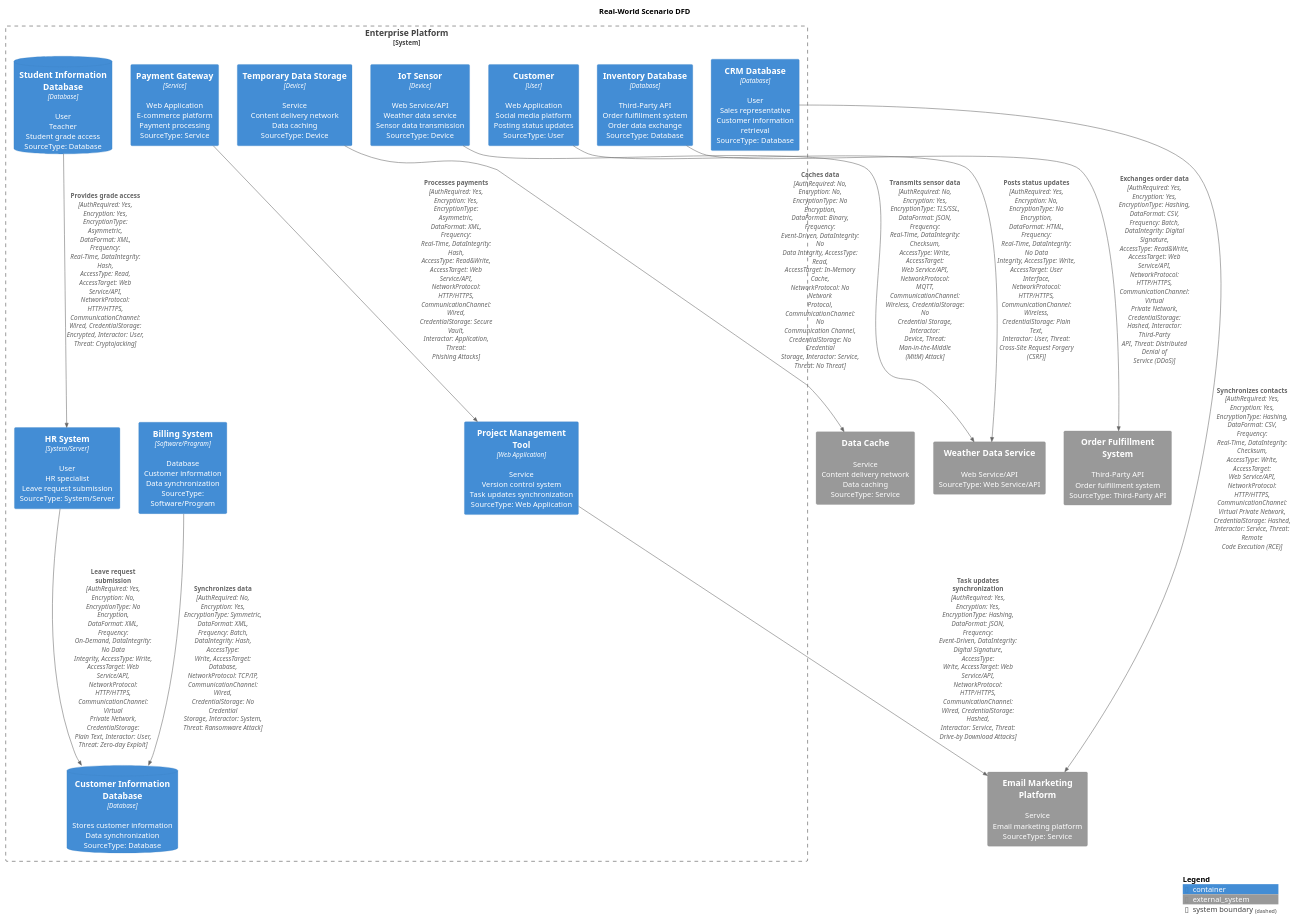
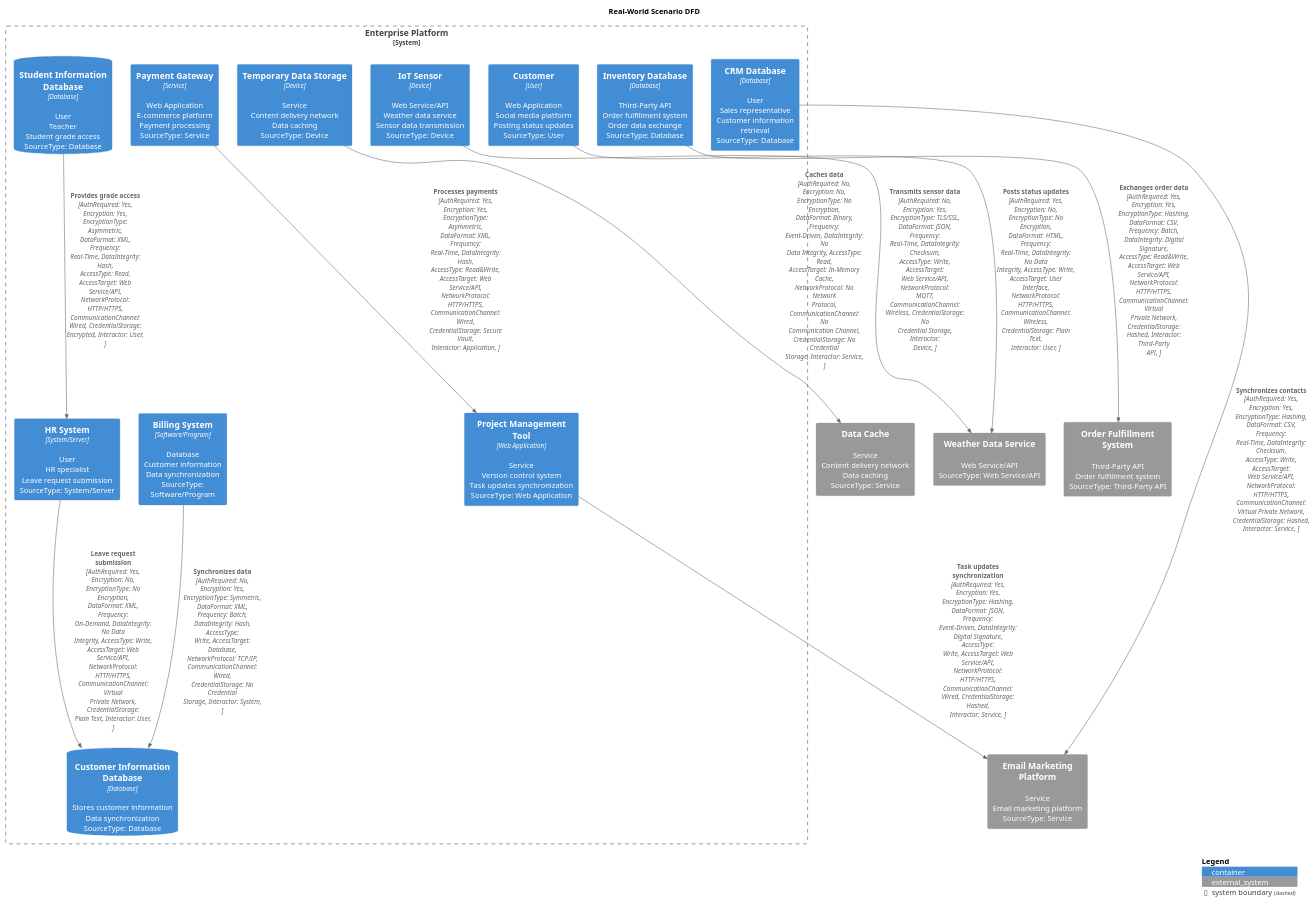
The diagram in testpuml2.puml (rsteinborn/threat-modeler), drawn with PlantUML before and after one commit. The commit also changed 8 other files, not shown here.

```diff
--- a/testpuml2.puml
+++ b/testpuml2.puml
@@ -1,37 +1,37 @@
 @startuml C4_Elements
 !include https://raw.githubusercontent.com/plantuml-stdlib/C4-PlantUML/master/C4_Container.puml
 
 title Real-World Scenario DFD
 
 System_Boundary(platform, "Enterprise Platform") {
     Container(temp_data_storage, "Temporary Data Storage", "Device", "Service\nContent delivery network\nData caching\nSourceType: Device")
     Container(billing_system, "Billing System", "Software/Program", "Database\nCustomer information\nData synchronization\nSourceType: Software/Program")
     ContainerDb(customer_info_db, "Customer Information Database", "Database", "Stores customer information\nData synchronization\nSourceType: Database")
     Container(iot_sensor, "IoT Sensor", "Device", "Web Service/API\nWeather data service\nSensor data transmission\nSourceType: Device")
     Container(user_customer, "Customer", "User", "Web Application\nSocial media platform\nPosting status updates\nSourceType: User")
     Container(inventory_db, "Inventory Database", "Database", "Third-Party API\nOrder fulfillment system\nOrder data exchange\nSourceType: Database")
     Container(payment_gateway, "Payment Gateway", "Service", "Web Application\nE-commerce platform\nPayment processing\nSourceType: Service")
     Container(crm_db, "CRM Database", "Database", "User\nSales representative\nCustomer information retrieval\nSourceType: Database")
     Container(project_management_tool, "Project Management Tool", "Web Application", "Service\nVersion control system\nTask updates synchronization\nSourceType: Web Application")
     ContainerDb(student_info_db, "Student Information Database", "Database", "User\nTeacher\nStudent grade access\nSourceType: Database")
     Container(hr_system, "HR System", "System/Server", "User\nHR specialist\nLeave request submission\nSourceType: System/Server")
 }
 
 System_Ext(data_cache, "Data Cache", "Service\nContent delivery network\nData caching\nSourceType: Service")
 System_Ext(weather_data_service, "Weather Data Service", "Web Service/API\nSourceType: Web Service/API")
 System_Ext(order_fulfillment, "Order Fulfillment System", "Third-Party API\nOrder fulfillment system\nSourceType: Third-Party API")
 System_Ext(email_marketing, "Email Marketing Platform", "Service\nEmail marketing platform\nSourceType: Service")
 
-Rel(temp_data_storage, data_cache, "Caches data", "AuthRequired: No, Encryption: No, EncryptionType: No Encryption, DataFormat: Binary, Frequency: Event-Driven, DataIntegrity: No Data Integrity, AccessType: Read, AccessTarget: In-Memory Cache, NetworkProtocol: No Network Protocol, CommunicationChannel: No Communication Channel, CredentialStorage: No Credential Storage, Interactor: Service, Threat: No Threat")
-Rel(billing_system, customer_info_db, "Synchronizes data", "AuthRequired: No, Encryption: Yes, EncryptionType: Symmetric, DataFormat: XML, Frequency: Batch, DataIntegrity: Hash, AccessType: Write, AccessTarget: Database, NetworkProtocol: TCP/IP, CommunicationChannel: Wired, CredentialStorage: No Credential Storage, Interactor: System, Threat: Ransomware Attack")
-Rel(iot_sensor, weather_data_service, "Transmits sensor data", "AuthRequired: No, Encryption: Yes, EncryptionType: TLS/SSL, DataFormat: JSON, Frequency: Real-Time, DataIntegrity: Checksum, AccessType: Write, AccessTarget: Web Service/API, NetworkProtocol: MQTT, CommunicationChannel: Wireless, CredentialStorage: No Credential Storage, Interactor: Device, Threat: Man-in-the-Middle (MitM) Attack")
-Rel(user_customer, weather_data_service, "Posts status updates", "AuthRequired: Yes, Encryption: No, EncryptionType: No Encryption, DataFormat: HTML, Frequency: Real-Time, DataIntegrity: No Data Integrity, AccessType: Write, AccessTarget: User Interface, NetworkProtocol: HTTP/HTTPS, CommunicationChannel: Wireless, CredentialStorage: Plain Text, Interactor: User, Threat: Cross-Site Request Forgery (CSRF)")
-Rel(inventory_db, order_fulfillment, "Exchanges order data", "AuthRequired: Yes, Encryption: Yes, EncryptionType: Hashing, DataFormat: CSV, Frequency: Batch, DataIntegrity: Digital Signature, AccessType: Read&Write, AccessTarget: Web Service/API, NetworkProtocol: HTTP/HTTPS, CommunicationChannel: Virtual Private Network, CredentialStorage: Hashed, Interactor: Third-Party API, Threat: Distributed Denial of Service (DDoS)")
-Rel(payment_gateway, project_management_tool, "Processes payments", "AuthRequired: Yes, Encryption: Yes, EncryptionType: Asymmetric, DataFormat: XML, Frequency: Real-Time, DataIntegrity: Hash, AccessType: Read&Write, AccessTarget: Web Service/API, NetworkProtocol: HTTP/HTTPS, CommunicationChannel: Wired, CredentialStorage: Secure Vault, Interactor: Application, Threat: Phishing Attacks")
-Rel(crm_db, email_marketing, "Synchronizes contacts", "AuthRequired: Yes, Encryption: Yes, EncryptionType: Hashing, DataFormat: CSV, Frequency: Real-Time, DataIntegrity: Checksum, AccessType: Write, AccessTarget: Web Service/API, NetworkProtocol: HTTP/HTTPS, CommunicationChannel: Virtual Private Network, CredentialStorage: Hashed, Interactor: Service, Threat: Remote Code Execution (RCE)")
-Rel(project_management_tool, email_marketing, "Task updates synchronization", "AuthRequired: Yes, Encryption: Yes, EncryptionType: Hashing, DataFormat: JSON, Frequency: Event-Driven, DataIntegrity: Digital Signature, AccessType: Write, AccessTarget: Web Service/API, NetworkProtocol: HTTP/HTTPS, CommunicationChannel: Wired, CredentialStorage: Hashed, Interactor: Service, Threat: Drive-by Download Attacks")
-Rel(student_info_db, hr_system, "Provides grade access", "AuthRequired: Yes, Encryption: Yes, EncryptionType: Asymmetric, DataFormat: XML, Frequency: Real-Time, DataIntegrity: Hash, AccessType: Read, AccessTarget: Web Service/API, NetworkProtocol: HTTP/HTTPS, CommunicationChannel: Wired, CredentialStorage: Encrypted, Interactor: User, Threat: Cryptojacking")
-Rel(hr_system, customer_info_db, "Leave request submission", "AuthRequired: Yes, Encryption: No, EncryptionType: No Encryption, DataFormat: XML, Frequency: On-Demand, DataIntegrity: No Data Integrity, AccessType: Write, AccessTarget: Web Service/API, NetworkProtocol: HTTP/HTTPS, CommunicationChannel: Virtual Private Network, CredentialStorage: Plain Text, Interactor: User, Threat: Zero-day Exploit")
+Rel(temp_data_storage, data_cache, "Caches data", "AuthRequired: No, Encryption: No, EncryptionType: No Encryption, DataFormat: Binary, Frequency: Event-Driven, DataIntegrity: No Data Integrity, AccessType: Read, AccessTarget: In-Memory Cache, NetworkProtocol: No Network Protocol, CommunicationChannel: No Communication Channel, CredentialStorage: No Credential Storage, Interactor: Service, ")
+Rel(billing_system, customer_info_db, "Synchronizes data", "AuthRequired: No, Encryption: Yes, EncryptionType: Symmetric, DataFormat: XML, Frequency: Batch, DataIntegrity: Hash, AccessType: Write, AccessTarget: Database, NetworkProtocol: TCP/IP, CommunicationChannel: Wired, CredentialStorage: No Credential Storage, Interactor: System, ")
+Rel(iot_sensor, weather_data_service, "Transmits sensor data", "AuthRequired: No, Encryption: Yes, EncryptionType: TLS/SSL, DataFormat: JSON, Frequency: Real-Time, DataIntegrity: Checksum, AccessType: Write, AccessTarget: Web Service/API, NetworkProtocol: MQTT, CommunicationChannel: Wireless, CredentialStorage: No Credential Storage, Interactor: Device, ")
+Rel(user_customer, weather_data_service, "Posts status updates", "AuthRequired: Yes, Encryption: No, EncryptionType: No Encryption, DataFormat: HTML, Frequency: Real-Time, DataIntegrity: No Data Integrity, AccessType: Write, AccessTarget: User Interface, NetworkProtocol: HTTP/HTTPS, CommunicationChannel: Wireless, CredentialStorage: Plain Text, Interactor: User, ")
+Rel(inventory_db, order_fulfillment, "Exchanges order data", "AuthRequired: Yes, Encryption: Yes, EncryptionType: Hashing, DataFormat: CSV, Frequency: Batch, DataIntegrity: Digital Signature, AccessType: Read&Write, AccessTarget: Web Service/API, NetworkProtocol: HTTP/HTTPS, CommunicationChannel: Virtual Private Network, CredentialStorage: Hashed, Interactor: Third-Party API, ")
+Rel(payment_gateway, project_management_tool, "Processes payments", "AuthRequired: Yes, Encryption: Yes, EncryptionType: Asymmetric, DataFormat: XML, Frequency: Real-Time, DataIntegrity: Hash, AccessType: Read&Write, AccessTarget: Web Service/API, NetworkProtocol: HTTP/HTTPS, CommunicationChannel: Wired, CredentialStorage: Secure Vault, Interactor: Application, ")
+Rel(crm_db, email_marketing, "Synchronizes contacts", "AuthRequired: Yes, Encryption: Yes, EncryptionType: Hashing, DataFormat: CSV, Frequency: Real-Time, DataIntegrity: Checksum, AccessType: Write, AccessTarget: Web Service/API, NetworkProtocol: HTTP/HTTPS, CommunicationChannel: Virtual Private Network, CredentialStorage: Hashed, Interactor: Service, ")
+Rel(project_management_tool, email_marketing, "Task updates synchronization", "AuthRequired: Yes, Encryption: Yes, EncryptionType: Hashing, DataFormat: JSON, Frequency: Event-Driven, DataIntegrity: Digital Signature, AccessType: Write, AccessTarget: Web Service/API, NetworkProtocol: HTTP/HTTPS, CommunicationChannel: Wired, CredentialStorage: Hashed, Interactor: Service, ")
+Rel(student_info_db, hr_system, "Provides grade access", "AuthRequired: Yes, Encryption: Yes, EncryptionType: Asymmetric, DataFormat: XML, Frequency: Real-Time, DataIntegrity: Hash, AccessType: Read, AccessTarget: Web Service/API, NetworkProtocol: HTTP/HTTPS, CommunicationChannel: Wired, CredentialStorage: Encrypted, Interactor: User, ")
+Rel(hr_system, customer_info_db, "Leave request submission", "AuthRequired: Yes, Encryption: No, EncryptionType: No Encryption, DataFormat: XML, Frequency: On-Demand, DataIntegrity: No Data Integrity, AccessType: Write, AccessTarget: Web Service/API, NetworkProtocol: HTTP/HTTPS, CommunicationChannel: Virtual Private Network, CredentialStorage: Plain Text, Interactor: User, ")
 
 SHOW_LEGEND()
 @enduml
```
